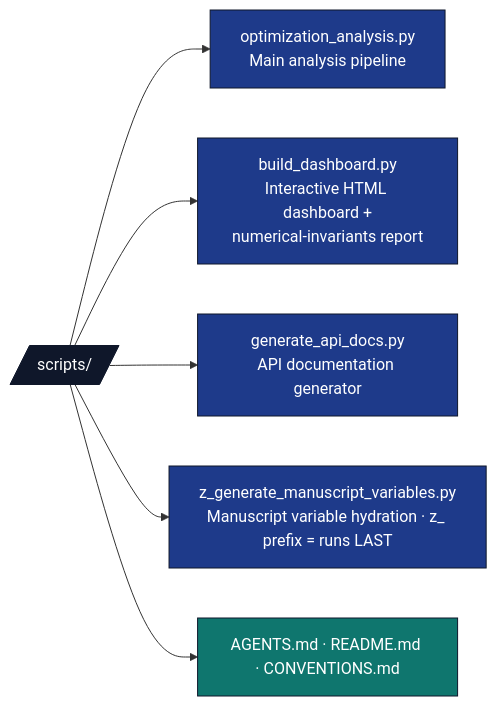
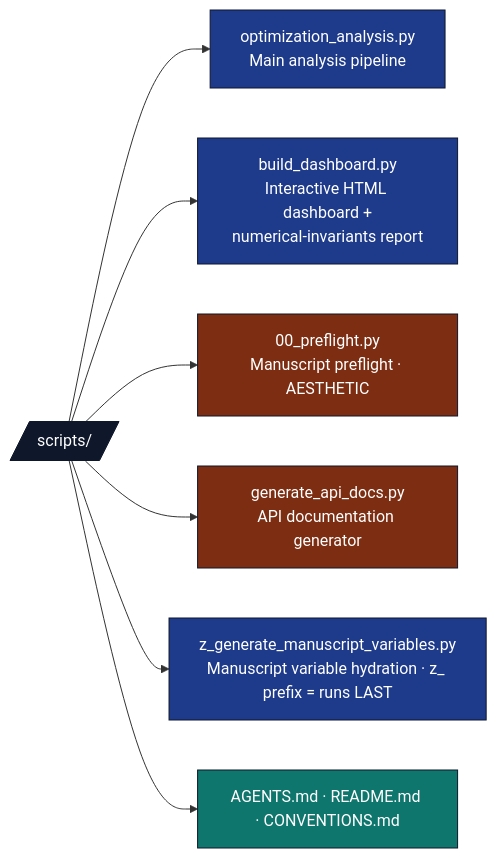
One commit to docxology/template changed the diagram in projects/template_code_project/scripts/AGENTS.md. Above: the diagram before and after it, drawn with Mermaid. The commit also changed other lines of this file and 424 other files, not shown here.

````diff
--- a/projects/template_code_project/scripts/AGENTS.md
+++ b/projects/template_code_project/scripts/AGENTS.md
@@ -17,16 +17,19 @@
 ```mermaid
 flowchart LR
     SC[/scripts//]
     SC --> OA[optimization_analysis.py<br/>Main analysis pipeline]
     SC --> BD[build_dashboard.py<br/>Interactive HTML dashboard +<br/>numerical-invariants report]
+    SC --> PF[00_preflight.py<br/>Manuscript preflight · AESTHETIC]
     SC --> GD[generate_api_docs.py<br/>API documentation generator]
     SC --> ZGEN[z_generate_manuscript_variables.py<br/>Manuscript variable hydration · z_ prefix = runs LAST]
     SC --> DOCS[AGENTS.md · README.md · CONVENTIONS.md]
 
     classDef d fill:#0f172a,stroke:#0f172a,color:#fff
     classDef code fill:#1e3a8a,stroke:#0f172a,color:#fff
     classDef doc fill:#0f766e,stroke:#0f172a,color:#fff
+    classDef aux fill:#7c2d12,stroke:#0f172a,color:#fff
     class SC d
-    class OA,BD,GD,ZGEN code
+    class OA,BD,ZGEN code
+    class PF,GD aux
     class DOCS doc
 ```
````
